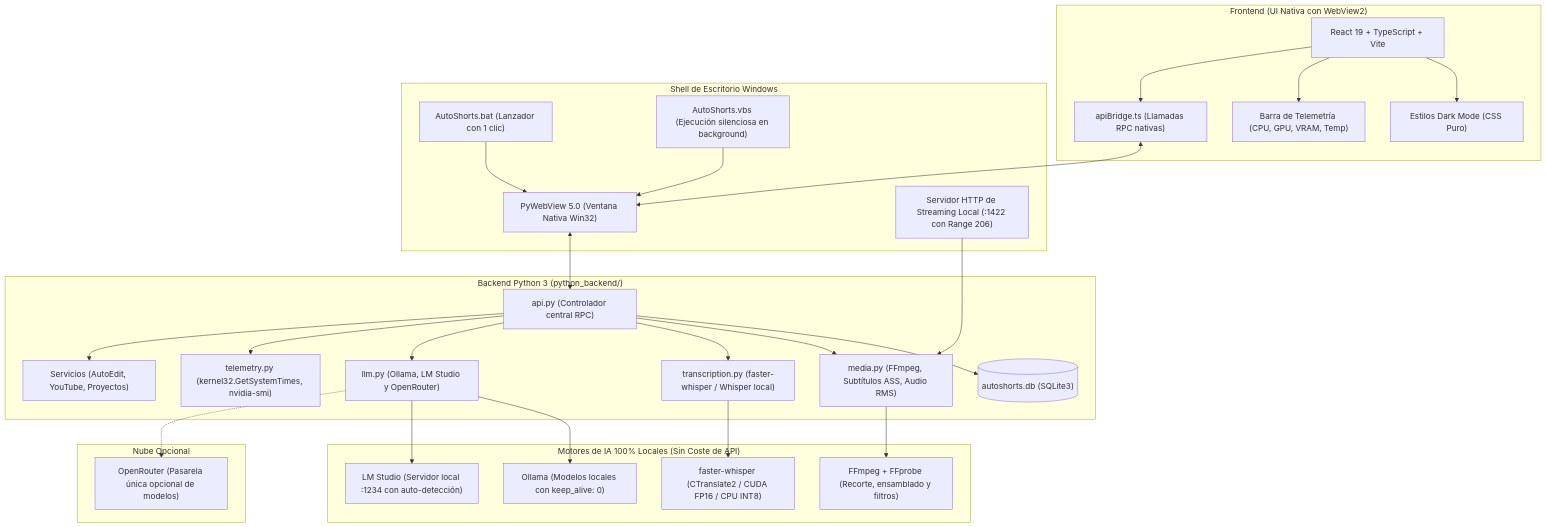
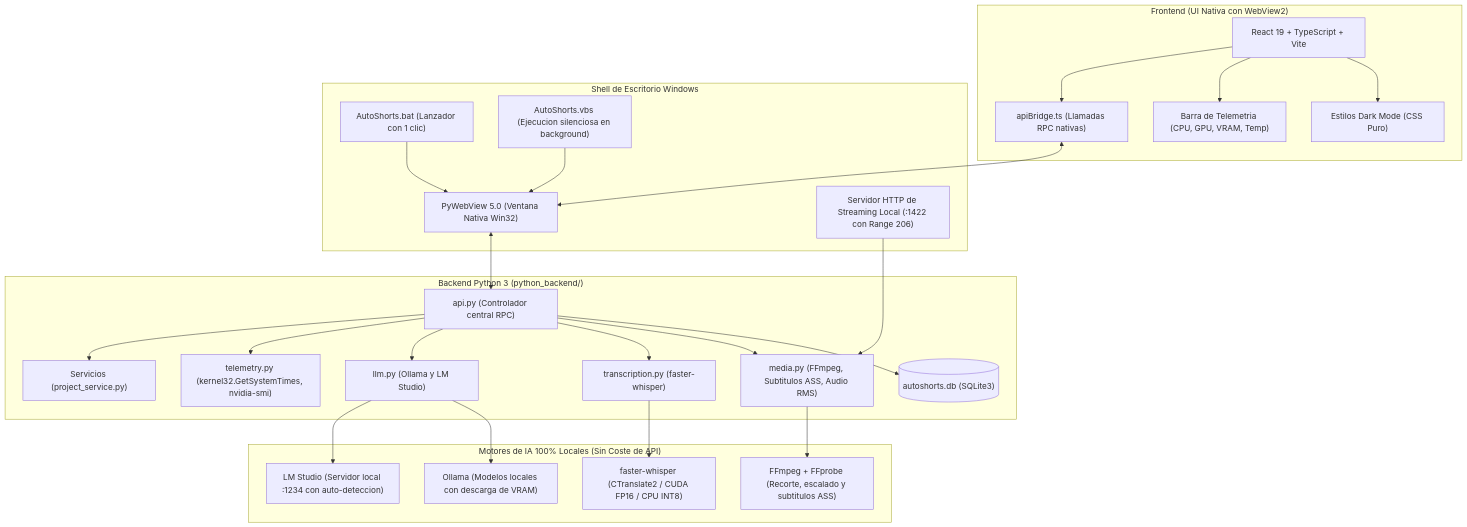
Before and after one commit to anjamjaved/autoshorts-creator: the diagram in README.md, drawn with Mermaid. The commit also changed other lines of this file and 32 other files, not shown here.

Commit message:
feat: add core components, hooks, and python backend for local media processing and transcription pipeline

````diff
--- a/README.md
+++ b/README.md
@@ -51,58 +47,53 @@
 ```mermaid
 flowchart TB
     subgraph Frontend ["Frontend (UI Nativa con WebView2)"]
         UI["React 19 + TypeScript + Vite"]
         ST["Estilos Dark Mode (CSS Puro)"]
-        TL["Barra de Telemetría (CPU, GPU, VRAM, Temp)"]
+        TL["Barra de Telemetria (CPU, GPU, VRAM, Temp)"]
         Bridge["apiBridge.ts (Llamadas RPC nativas)"]
         UI --> ST
         UI --> TL
         UI --> Bridge
     end
 
     subgraph DesktopShell ["Shell de Escritorio Windows"]
         BAT["AutoShorts.bat (Lanzador con 1 clic)"]
         PW["PyWebView 5.0 (Ventana Nativa Win32)"]
-        VBS["AutoShorts.vbs (Ejecución silenciosa en background)"]
+        VBS["AutoShorts.vbs (Ejecucion silenciosa en background)"]
         StreamSrv["Servidor HTTP de Streaming Local (:1422 con Range 206)"]
         BAT --> PW
         VBS --> PW
         Bridge <--> PW
     end
 
     subgraph Backend ["Backend Python 3 (python_backend/)"]
         API["api.py (Controlador central RPC)"]
         DB[("autoshorts.db (SQLite3)")]
-        Media["media.py (FFmpeg, Subtítulos ASS, Audio RMS)"]
-        Trans["transcription.py (faster-whisper / Whisper local)"]
-        LLM["llm.py (Ollama, LM Studio y OpenRouter)"]
+        Media["media.py (FFmpeg, Subtitulos ASS, Audio RMS)"]
+        Trans["transcription.py (faster-whisper)"]
+        LLM["llm.py (Ollama y LM Studio)"]
         Tele["telemetry.py (kernel32.GetSystemTimes, nvidia-smi)"]
-        Services["Servicios (AutoEdit, YouTube, Proyectos)"]
+        Services["Servicios (project_service.py)"]
 
         PW <--> API
         API --> DB
         API --> Media
         API --> Trans
         API --> LLM
         API --> Tele
         API --> Services
         StreamSrv --> Media
     end
 
     subgraph Local_AI ["Motores de IA 100% Locales (Sin Coste de API)"]
         FW["faster-whisper (CTranslate2 / CUDA FP16 / CPU INT8)"]
-        OLL["Ollama (Modelos locales con keep_alive: 0)"]
-        LMS["LM Studio (Servidor local :1234 con auto-detección)"]
-        FFM["FFmpeg + FFprobe (Recorte, ensamblado y filtros)"]
+        OLL["Ollama (Modelos locales con descarga de VRAM)"]
+        LMS["LM Studio (Servidor local :1234 con auto-deteccion)"]
+        FFM["FFmpeg + FFprobe (Recorte, escalado y subtitulos ASS)"]
 
         Trans --> FW
         LLM --> OLL
         LLM --> LMS
         Media --> FFM
     end
-
-    subgraph Optional_Cloud ["Nube Opcional"]
-        OR["OpenRouter (Pasarela única opcional de modelos)"]
-        LLM -.-> OR
-    end
 ```
````
